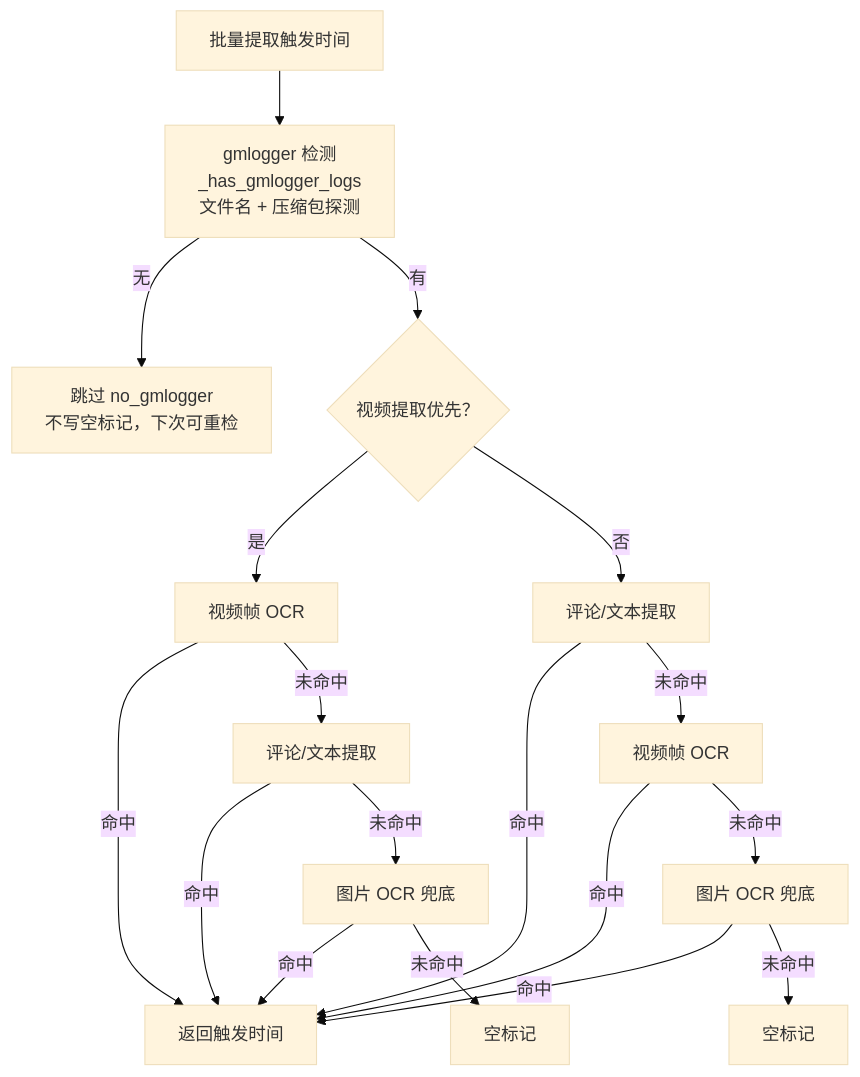
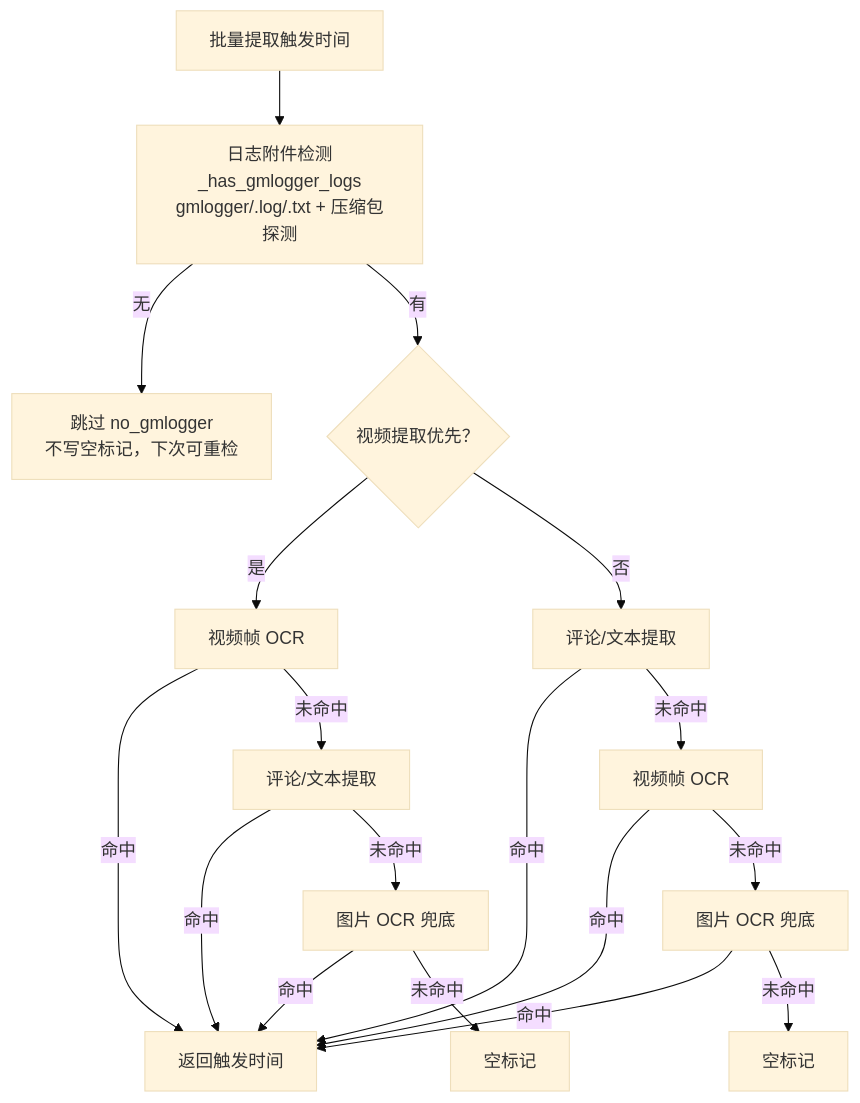
The first of 2 diagrams in timestudy/optimization_log.md (LuckyBuff2333/program16), drawn with Mermaid (base theme) before and after one commit. The commit also changed other lines of this file and 55 other files, not shown here.

````diff
--- a/timestudy/optimization_log.md
+++ b/timestudy/optimization_log.md
@@ -11,22 +11,22 @@
 ```mermaid
 flowchart TD
-    A["批量提取触发时间"] --> CHK["gmlogger 检测<br/>_has_gmlogger_logs<br/>文件名 + 压缩包探测"]
+    A["批量提取触发时间"] --> CHK["日志附件检测<br/>_has_gmlogger_logs<br/>gmlogger/.log/.txt + 压缩包探测"]
     CHK -->|"无"| SKIP["跳过 no_gmlogger<br/>不写空标记，下次可重检"]
     CHK -->|"有"| MODE{"视频提取优先？"}
 
     MODE -->|"是"| V1["视频帧 OCR"]
     V1 -->|"命中"| R["返回触发时间"]
     V1 -->|"未命中"| T1["评论/文本提取"]
     T1 -->|"命中"| R
     T1 -->|"未命中"| IMG1["图片 OCR 兜底"]
     IMG1 -->|"命中"| R
     IMG1 -->|"未命中"| EMPTY1["空标记"]
 
     MODE -->|"否"| T2["评论/文本提取"]
     T2 -->|"命中"| R
     T2 -->|"未命中"| V2["视频帧 OCR"]
     V2 -->|"命中"| R
     V2 -->|"未命中"| IMG2["图片 OCR 兜底"]
     IMG2 -->|"命中"| R
     IMG2 -->|"未命中"| EMPTY2["空标记"]
 ```
````
